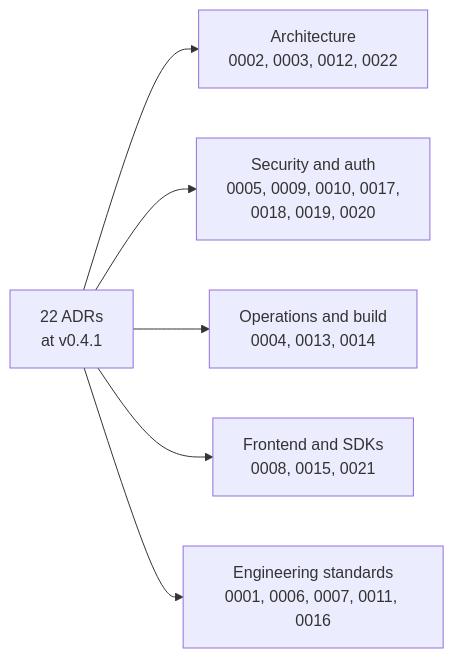
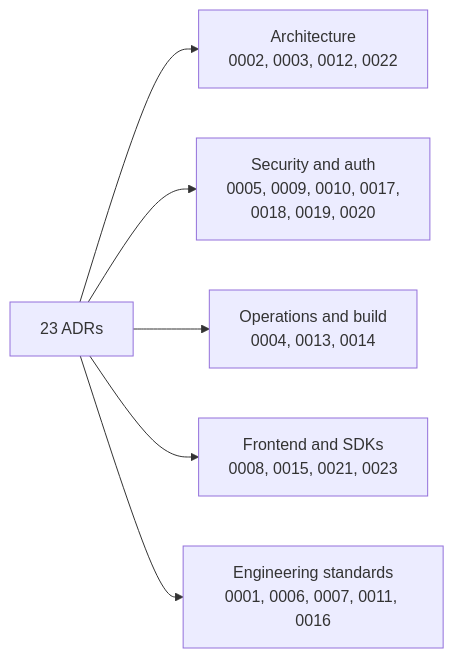
Before and after one commit to vaam-apps/vpay-docs: the first of 2 diagrams in docs/guide/decisions.md, drawn with Mermaid. The commit also changed other lines of this file and 28 other files, not shown here.

````diff
--- a/docs/guide/decisions.md
+++ b/docs/guide/decisions.md
@@ -57,8 +58,8 @@
 ```mermaid
 flowchart LR
-    ADR["22 ADRs<br/>at v0.4.1"] --> A["Architecture<br/>0002, 0003, 0012, 0022"]
+    ADR["23 ADRs"] --> A["Architecture<br/>0002, 0003, 0012, 0022"]
     ADR --> S["Security and auth<br/>0005, 0009, 0010, 0017,<br/>0018, 0019, 0020"]
     ADR --> O["Operations and build<br/>0004, 0013, 0014"]
-    ADR --> F["Frontend and SDKs<br/>0008, 0015, 0021"]
+    ADR --> F["Frontend and SDKs<br/>0008, 0015, 0021, 0023"]
     ADR --> E["Engineering standards<br/>0001, 0006, 0007, 0011, 0016"]
 ```
````
